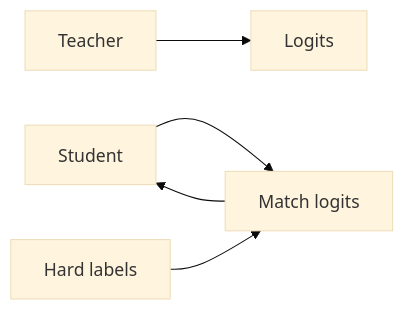
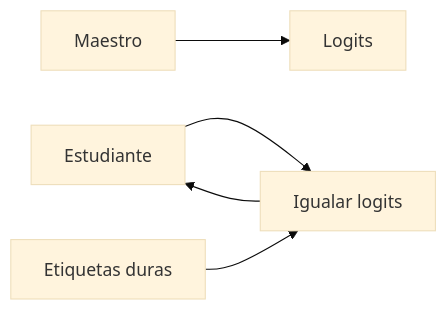
The diagram in i18n/es/docusaurus-plugin-content-docs/current/knowledge-distillation/index.md (EmersonBraun/ai-summary-hub), drawn with Mermaid (base theme) before and after one commit. The commit also changed other lines of this file and 230 other files, not shown here.

````diff
--- a/i18n/es/docusaurus-plugin-content-docs/current/knowledge-distillation/index.md
+++ b/i18n/es/docusaurus-plugin-content-docs/current/knowledge-distillation/index.md
@@ -17,7 +19,7 @@
 ```mermaid
 flowchart LR
-  Teacher[Teacher] --> Logits[Logits]
-  Student[Student] --> Match[Match logits]
-  HardLabels[Hard labels] --> Match
+  Teacher[Maestro] --> Logits[Logits]
+  Student[Estudiante] --> Match[Igualar logits]
+  HardLabels[Etiquetas duras] --> Match
   Match --> Student
 ```
````
